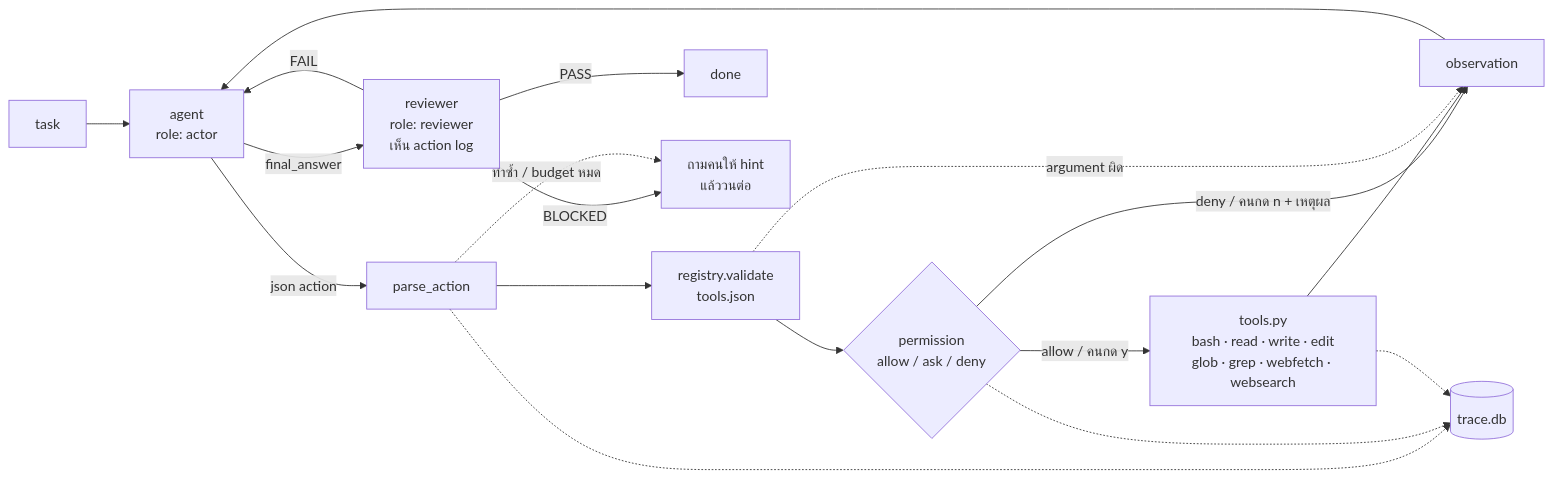
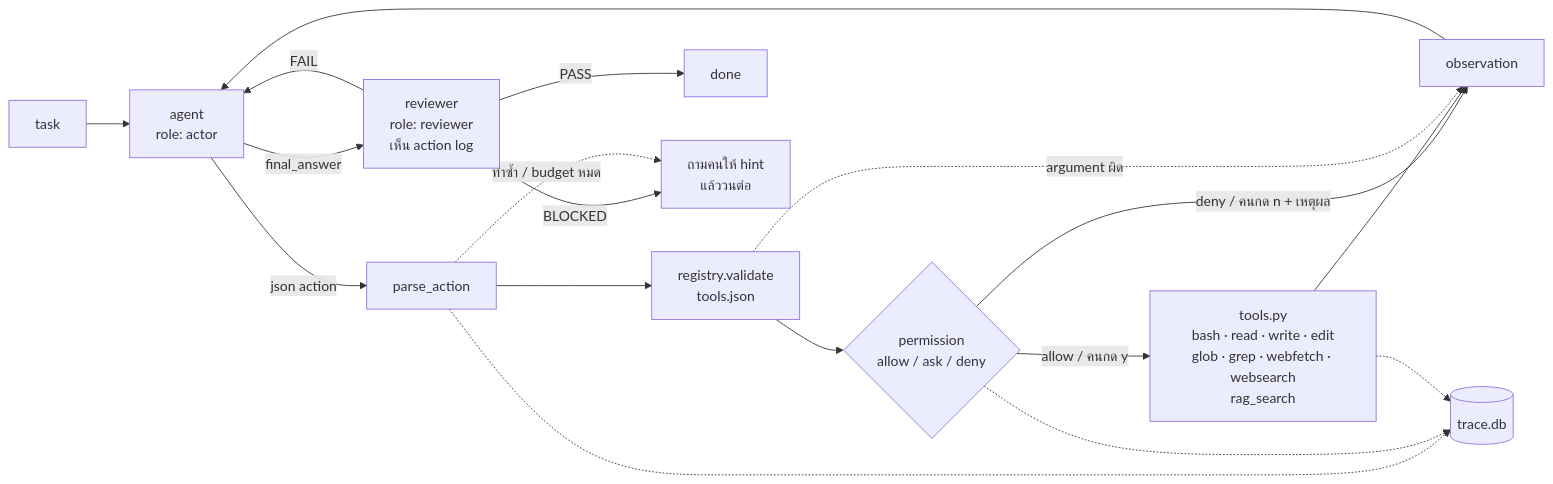
One commit to NithichoteC/mini-agent changed the diagram in README.md. Above: the diagram before and after it, drawn with Mermaid. The commit also changed other lines of this file and 2 other files, not shown here.

Commit message:
README, dev_mem: RAG and benchmark results

````diff
--- a/README.md
+++ b/README.md
@@ -12,18 +13,18 @@
 ```mermaid
 flowchart LR
     T[task] --> M[agent<br/>role: actor]
     M -->|json action| P[parse_action]
     P --> V[registry.validate<br/>tools.json]
     V --> G{permission<br/>allow / ask / deny}
-    G -->|allow / คนกด y| X[tools.py<br/>bash · read · write · edit<br/>glob · grep · webfetch · websearch]
+    G -->|allow / คนกด y| X[tools.py<br/>bash · read · write · edit<br/>glob · grep · webfetch · websearch<br/>rag_search]
     G -->|deny / คนกด n + เหตุผล| O
     X --> O[observation]
     O --> M
     V -.->|argument ผิด| O
     P & G & X -.-> TR[(trace.db)]
     M -->|final_answer| R[reviewer<br/>role: reviewer<br/>เห็น action log]
     R -->|PASS| D[done]
     R -->|FAIL| M
     R -->|BLOCKED| H[ถามคนให้ hint<br/>แล้ววนต่อ]
     P -.->|ทำซ้ำ / budget หมด| H
 ```
````
